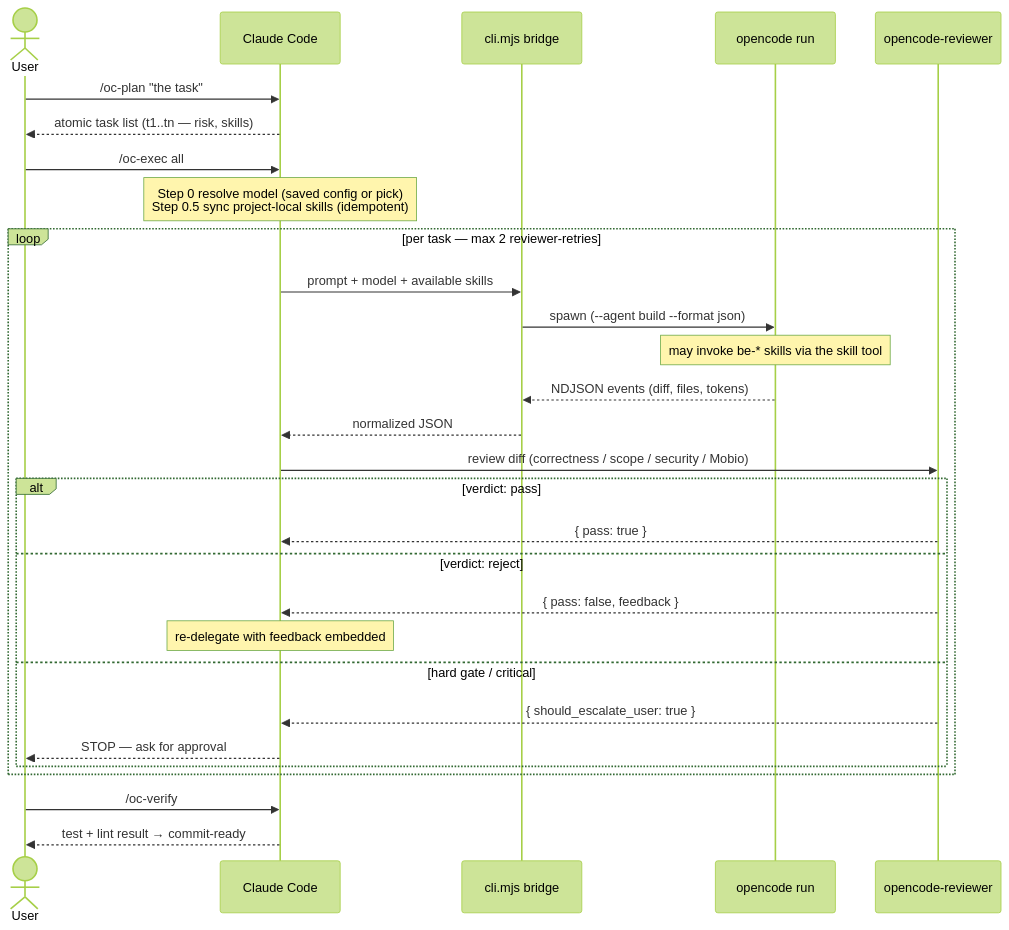
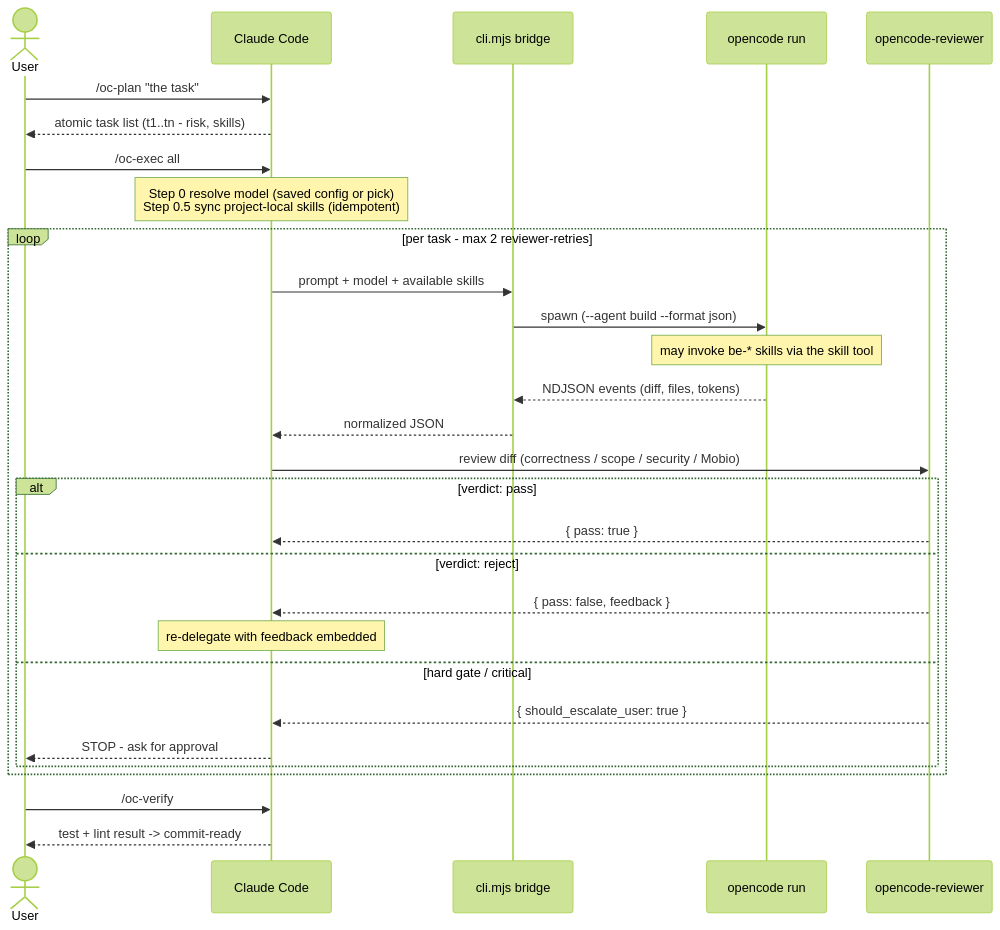
Before and after one commit to luongndcoder/opencode-plugin-cc: the second of 2 diagrams in README.md, drawn with Mermaid (forest theme). The commit also changed other lines of this file and 29 other files, not shown here.

````diff
--- a/README.md
+++ b/README.md
@@ -188,32 +188,32 @@
 ```mermaid
 sequenceDiagram
     actor U as User
     participant CC as Claude Code
     participant CLI as cli.mjs bridge
     participant OC as opencode run
     participant R as opencode-reviewer
 
     U->>CC: /oc-plan "the task"
-    CC-->>U: atomic task list (t1..tn — risk, skills)
+    CC-->>U: atomic task list (t1..tn - risk, skills)
     U->>CC: /oc-exec all
     Note over CC: Step 0  resolve model (saved config or pick)<br/>Step 0.5  sync project-local skills (idempotent)
-    loop per task — max 2 reviewer-retries
+    loop per task - max 2 reviewer-retries
         CC->>CLI: prompt + model + available skills
         CLI->>OC: spawn (--agent build --format json)
         Note over OC: may invoke be-* skills via the skill tool
         OC-->>CLI: NDJSON events (diff, files, tokens)
         CLI-->>CC: normalized JSON
         CC->>R: review diff (correctness / scope / security / Mobio)
         alt verdict: pass
             R-->>CC: { pass: true }
         else verdict: reject
             R-->>CC: { pass: false, feedback }
             Note over CC: re-delegate with feedback embedded
         else hard gate / critical
             R-->>CC: { should_escalate_user: true }
-            CC-->>U: STOP — ask for approval
+            CC-->>U: STOP - ask for approval
         end
     end
     U->>CC: /oc-verify
-    CC-->>U: test + lint result → commit-ready
+    CC-->>U: test + lint result -> commit-ready
 ```
````
